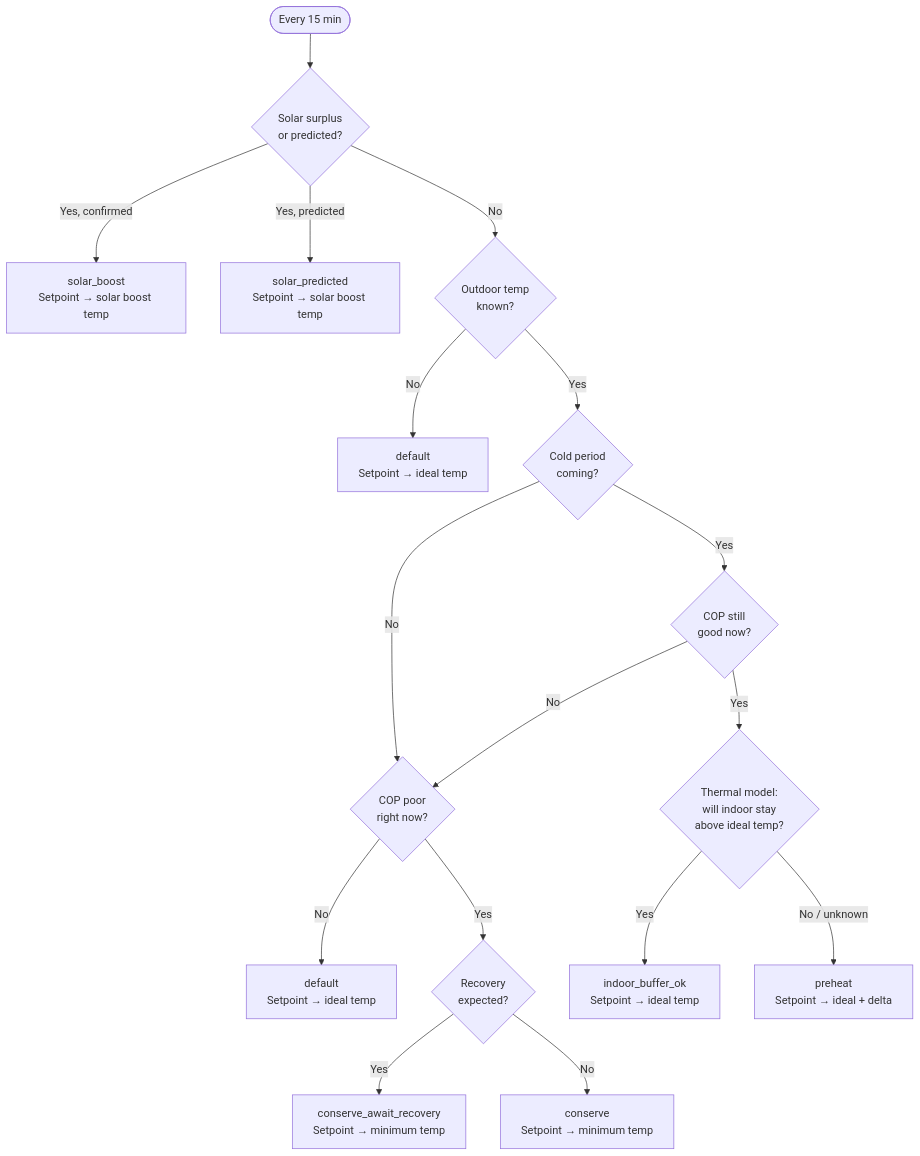
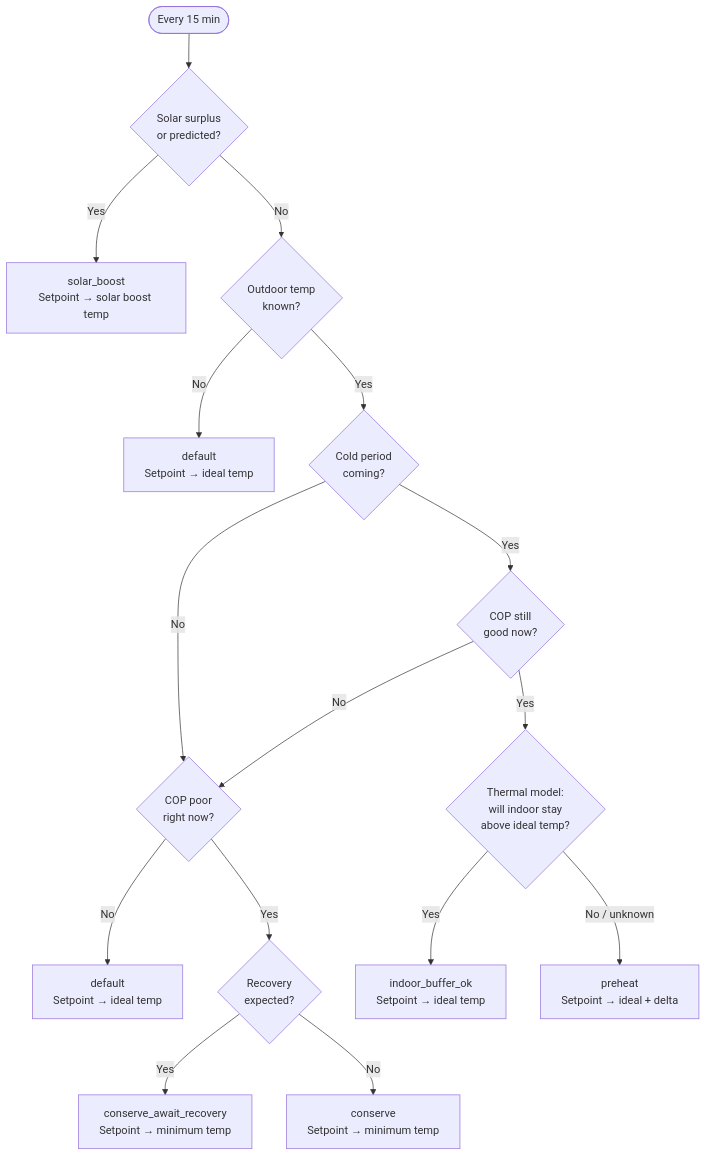
The first of 2 diagrams in README.md (antongitnow/ha-smart-heatpump), drawn with Mermaid before and after one commit. The commit also changed other lines of this file and 4 other files, not shown here.

First line of the commit message:
Remove solar_predicted rule and add solar boost stop threshold

````diff
--- a/README.md
+++ b/README.md
@@ -28,20 +28,19 @@
 ```mermaid
 flowchart TD
     START([Every 15 min]) --> SOLAR{Solar surplus<br/>or predicted?}
-    SOLAR -- "Yes, confirmed" --> BOOST["solar_boost<br/>Setpoint → solar boost temp"]
-    SOLAR -- "Yes, predicted" --> PREDICTED["solar_predicted<br/>Setpoint → solar boost temp"]
+    SOLAR -- Yes --> BOOST["solar_boost<br/>Setpoint → solar boost temp"]
     SOLAR -- No --> OUTDOOR{Outdoor temp<br/>known?}
     OUTDOOR -- No --> DEFAULT1["default<br/>Setpoint → ideal temp"]
     OUTDOOR -- Yes --> FORECAST{Cold period<br/>coming?}
     FORECAST -- No --> COPNOW{COP poor<br/>right now?}
     FORECAST -- Yes --> COPGOOD{COP still<br/>good now?}
     COPGOOD -- No --> COPNOW
     COPGOOD -- Yes --> IDEALCHECK{Thermal model:<br/>will indoor stay<br/>above ideal temp?}
     IDEALCHECK -- Yes --> SKIP["indoor_buffer_ok<br/>Setpoint → ideal temp"]
     IDEALCHECK -- "No / unknown" --> PREHEAT["preheat<br/>Setpoint → ideal + delta"]
     COPNOW -- No --> DEFAULT2["default<br/>Setpoint → ideal temp"]
     COPNOW -- Yes --> RECOVERY{Recovery<br/>expected?}
     RECOVERY -- Yes --> AWAIT["conserve_await_recovery<br/>Setpoint → minimum temp"]
     RECOVERY -- No --> CONSERVE["conserve<br/>Setpoint → minimum temp"]
 
 ```
````
